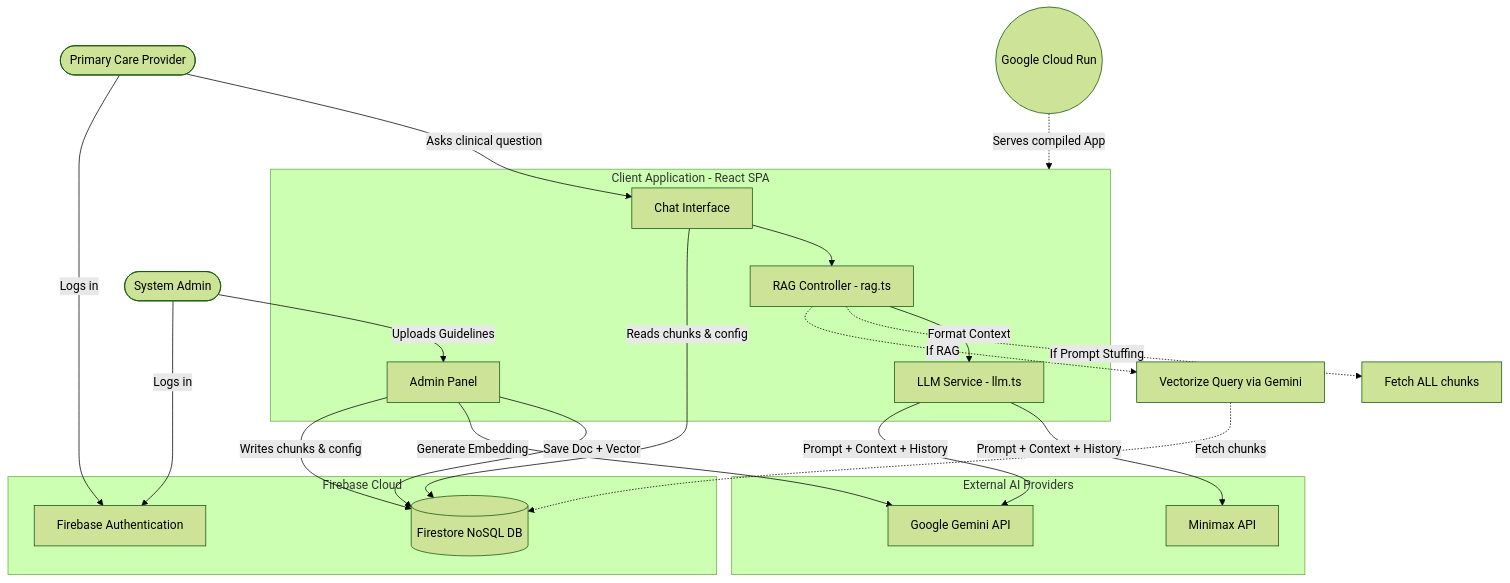
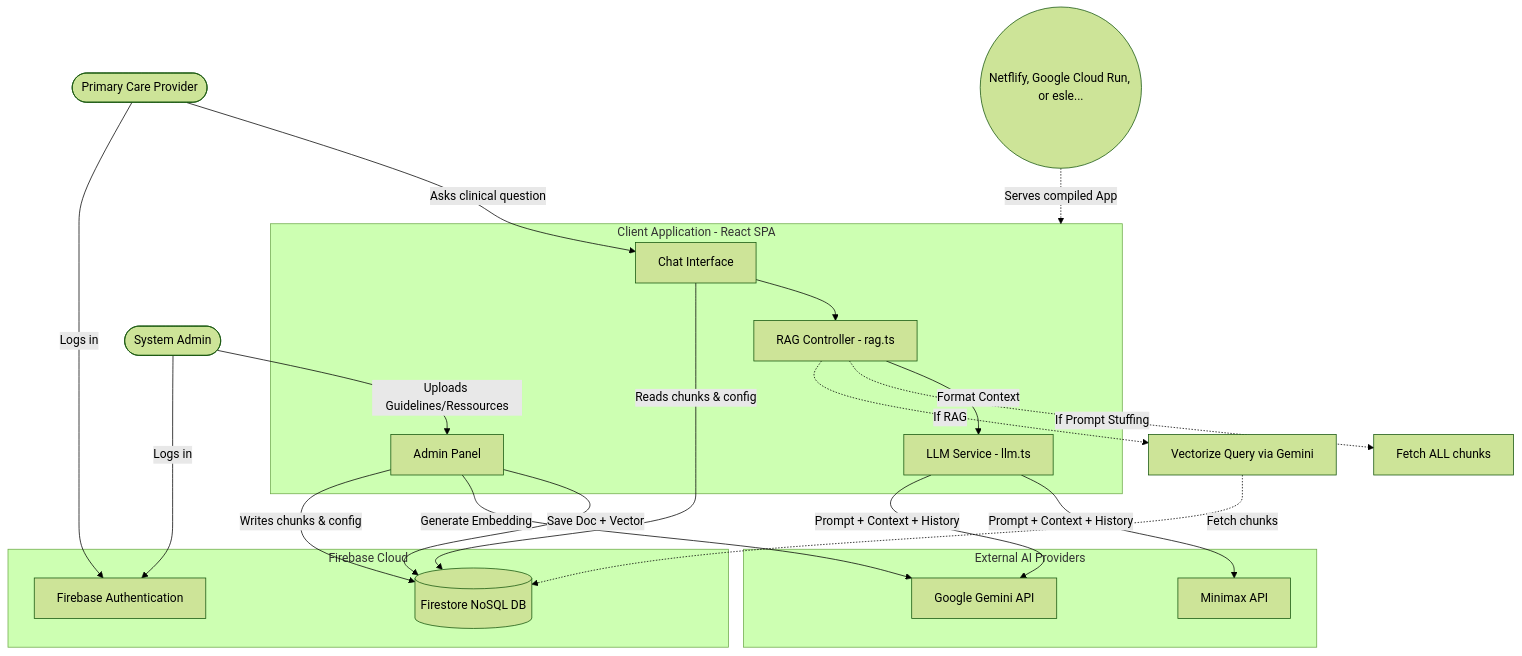
One commit to Arkoys/ai-essential-communication-for-dementia changed the first of 2 diagrams in README.md. Above: the diagram before and after it, drawn with Mermaid (forest theme).

````diff
--- a/README.md
+++ b/README.md
@@ -55,58 +55,58 @@
 ```mermaid
 flowchart TD
     %% Users
     Provider([Primary Care Provider])
     Admin([System Admin])
 
     %% Frontend App
     subgraph Client [Client Application - React SPA]
         UI_Chat[Chat Interface]
         UI_Admin[Admin Panel]
         RAG_Engine[RAG Controller - rag.ts]
         LLM_Service[LLM Service - llm.ts]
     end
 
     %% Firebase / BaaS
     subgraph Firebase [Firebase Cloud]
         Auth[Firebase Authentication]
         Firestore[(Firestore NoSQL DB)]
     end
 
     %% External APIs
     subgraph External_APIs [External AI Providers]
         Gemini[Google Gemini API]
         Minimax[Minimax API]
     end
 
     %% Cloud Hosting
-    Hosting((Google Cloud Run))
+    Hosting((Netflify, Google Cloud Run, or esle...))
 
     %% Connections - Auth & DB
     Provider -->|Logs in| Auth
     Admin -->|Logs in| Auth
     UI_Chat -->|Reads chunks & config| Firestore
     UI_Admin -->|Writes chunks & config| Firestore
 
     %% RAG Admin Flow
-    Admin -->|Uploads Guidelines| UI_Admin
+    Admin -->|Uploads Guidelines/Ressources| UI_Admin
     UI_Admin -->|Generate Embedding| Gemini
     UI_Admin -->|Save Doc + Vector| Firestore
 
     %% Chat & RAG Query Flow
     Provider -->|Asks clinical question| UI_Chat
     UI_Chat --> RAG_Engine
     
     %% RAG Logic
     RAG_Engine -.->|If RAG| Gemini_vector[Vectorize Query via Gemini]
     Gemini_vector -.->|Fetch chunks| Firestore
     RAG_Engine -.->|If Prompt Stuffing| Firestore_All[Fetch ALL chunks]
     
     RAG_Engine -->|Format Context| LLM_Service
     
     %% LLM Generation Flow
     LLM_Service -->|Prompt + Context + History| Gemini
     LLM_Service -->|Prompt + Context + History| Minimax
     
     %% Hosting
     Hosting -.->|Serves compiled App| Client
 ```
````
